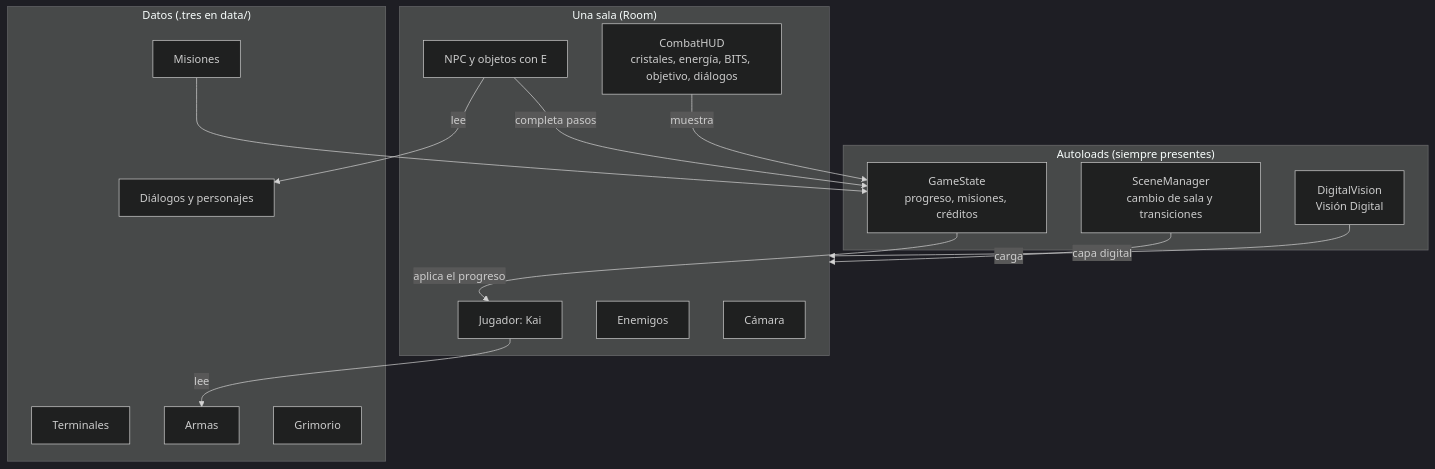
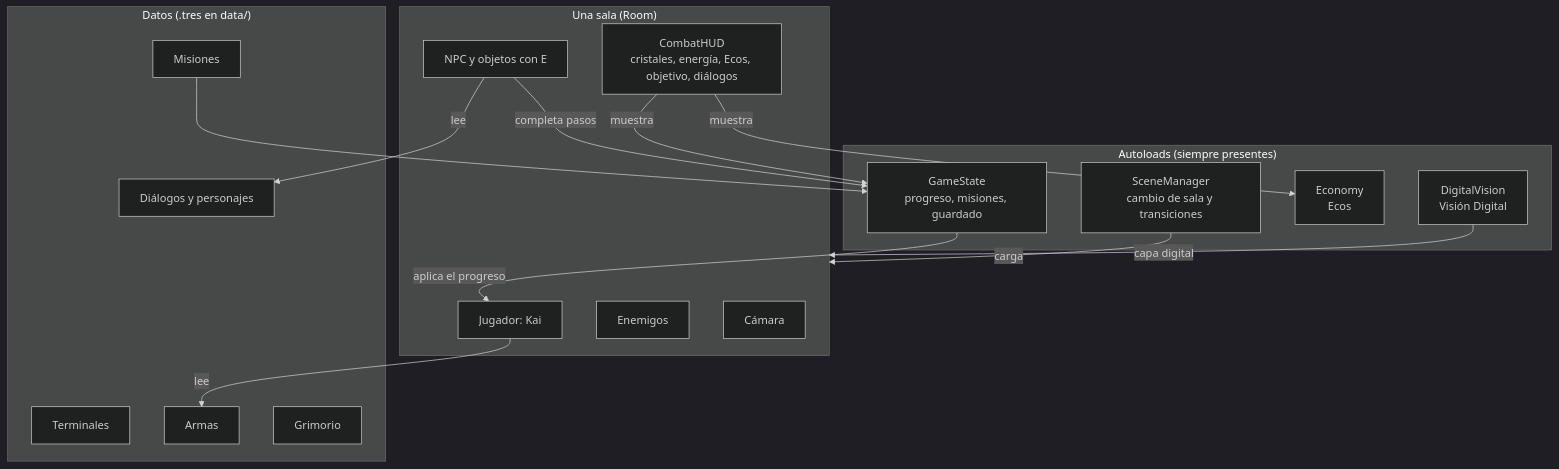
Before and after one commit to codingraphcr/schoolgame: the diagram in docs/estructura_del_proyecto.md, drawn with Mermaid (dark theme). The commit also changed other lines of this file and 33 other files, not shown here.

First line of the commit message:
E1: ECOS, la moneda oficial (reemplaza a BITS)

````diff
--- a/docs/estructura_del_proyecto.md
+++ b/docs/estructura_del_proyecto.md
@@ -33,30 +33,32 @@
 ```mermaid
 flowchart TB
     subgraph Global["Autoloads (siempre presentes)"]
         SM[SceneManager<br/>cambio de sala y transiciones]
-        GS[GameState<br/>progreso, misiones, créditos]
+        GS[GameState<br/>progreso, misiones, guardado]
+        EC[Economy<br/>Ecos]
         DV[DigitalVision<br/>Visión Digital]
     end
     subgraph Sala["Una sala (Room)"]
         P[Jugador: Kai]
         E[Enemigos]
         N[NPC y objetos con E]
-        HUD[CombatHUD<br/>cristales, energía, BITS, objetivo, diálogos]
+        HUD[CombatHUD<br/>cristales, energía, Ecos, objetivo, diálogos]
         C[Cámara]
     end
     subgraph Datos["Datos (.tres en data/)"]
         D1[Diálogos y personajes]
         D2[Misiones]
         D3[Terminales]
         D4[Armas]
         D5[Grimorio]
     end
     SM -->|carga| Sala
     GS -->|aplica el progreso| P
     DV -->|capa digital| Sala
     N -->|lee| D1
     N -->|completa pasos| GS
     P -->|lee| D4
     HUD -->|muestra| GS
+    HUD -->|muestra| EC
     D2 --> GS
 ```
````
